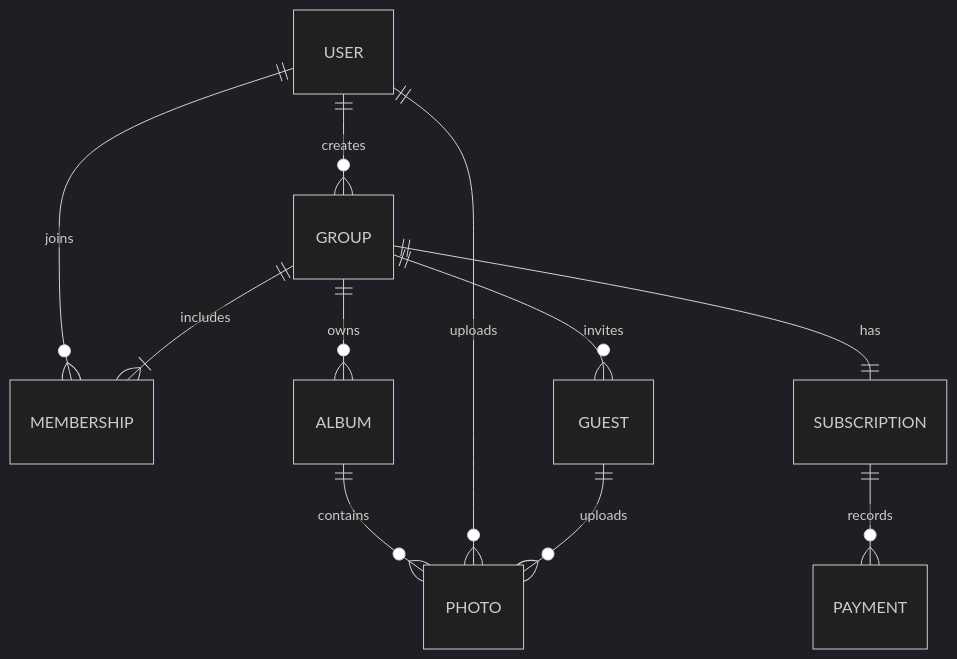
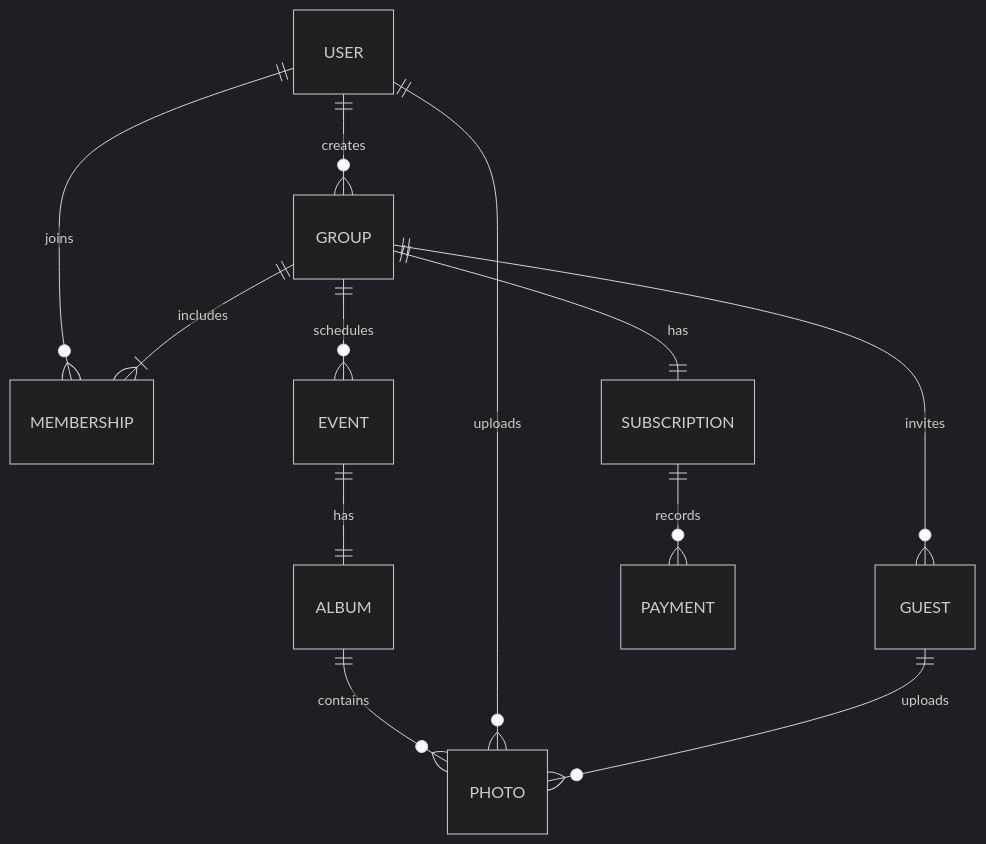
One commit to Aldore-88/holbertonschool-ai4devs changed the diagram in architecture_blueprint_assistant/data_model.mmd. Above: the diagram before and after it, drawn with Mermaid (dark theme). The commit also changed 7 other files, not shown here.

```diff
--- a/architecture_blueprint_assistant/data_model.mmd
+++ b/architecture_blueprint_assistant/data_model.mmd
@@ -1,11 +1,12 @@
 erDiagram
   USER ||--o{ GROUP : creates
   USER ||--o{ MEMBERSHIP : joins
   GROUP ||--|{ MEMBERSHIP : includes
   GROUP ||--o{ GUEST : invites
-  GROUP ||--o{ ALBUM : owns
+  GROUP ||--o{ EVENT : schedules
+  EVENT ||--|| ALBUM : has
   ALBUM ||--o{ PHOTO : contains
   USER ||--o{ PHOTO : uploads
   GUEST ||--o{ PHOTO : uploads
   GROUP ||--|| SUBSCRIPTION : has
   SUBSCRIPTION ||--o{ PAYMENT : records
```
